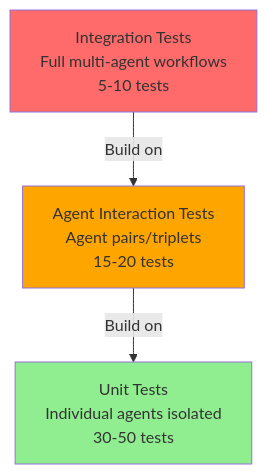
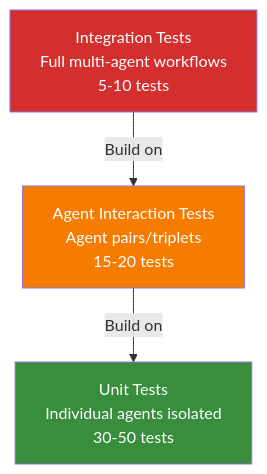
The diagram in lesson-2-multi-agent/tutorial-2/guides/testing-multi-agent.md (EideticPleroma/tutorials), drawn with Mermaid before and after one commit. The commit also changed other lines of this file and 19 other files, not shown here.

````diff
--- a/lesson-2-multi-agent/tutorial-2/guides/testing-multi-agent.md
+++ b/lesson-2-multi-agent/tutorial-2/guides/testing-multi-agent.md
@@ -22,9 +35,9 @@
 ```mermaid
 graph TD
     A[Integration Tests<br/>Full multi-agent workflows<br/>5-10 tests] -->|Build on| B[Agent Interaction Tests<br/>Agent pairs/triplets<br/>15-20 tests]
     B -->|Build on| C[Unit Tests<br/>Individual agents isolated<br/>30-50 tests]
     
-    style A fill:#FF6B6B
-    style B fill:#FFA500
-    style C fill:#90EE90
+    style A fill:#D32F2F,color:#FFFFFF
+    style B fill:#F57C00,color:#FFFFFF
+    style C fill:#388E3C,color:#FFFFFF
 ```
````
